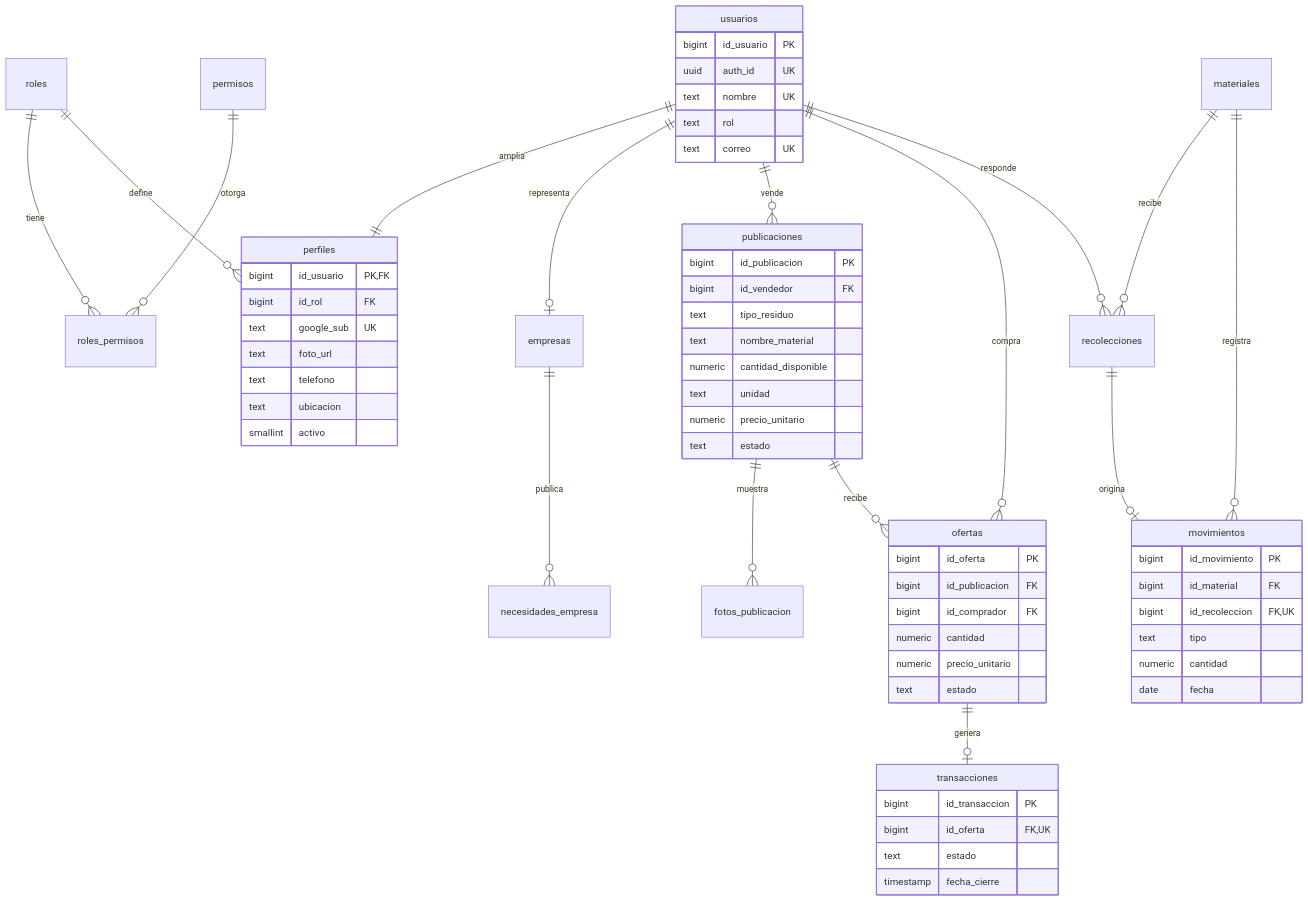
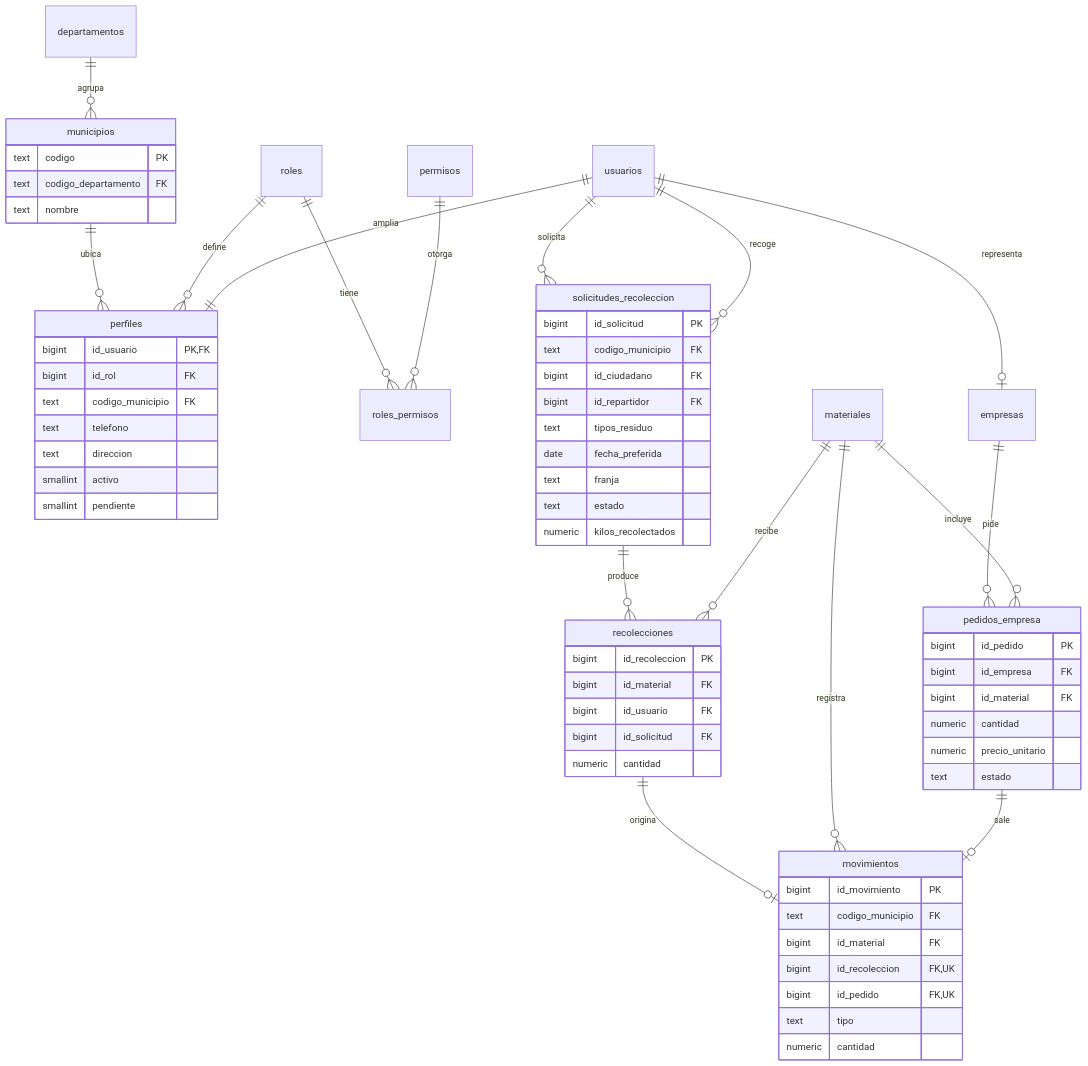
Before and after one commit to Ryuuga-CODE/EcoGestion: the fourth of 4 diagrams in docs/GUIA_DESARROLLADOR.md, drawn with Mermaid. The commit also changed other lines of this file and 60 other files, not shown here.

````diff
--- a/docs/GUIA_DESARROLLADOR.md
+++ b/docs/GUIA_DESARROLLADOR.md
@@ -156,67 +173,69 @@
 ```mermaid
 erDiagram
+    departamentos ||--o{ municipios : agrupa
+    municipios ||--o{ perfiles : ubica
     roles ||--o{ roles_permisos : tiene
     permisos ||--o{ roles_permisos : otorga
     roles ||--o{ perfiles : define
     usuarios ||--|| perfiles : amplia
+    usuarios ||--o{ solicitudes_recoleccion : solicita
+    usuarios ||--o{ solicitudes_recoleccion : recoge
+    solicitudes_recoleccion ||--o{ recolecciones : produce
+    materiales ||--o{ recolecciones : recibe
+    recolecciones ||--o| movimientos : origina
+    materiales ||--o{ movimientos : registra
     usuarios ||--o| empresas : representa
-    empresas ||--o{ necesidades_empresa : publica
-    usuarios ||--o{ publicaciones : vende
-    publicaciones ||--o{ fotos_publicacion : muestra
-    publicaciones ||--o{ ofertas : recibe
-    usuarios ||--o{ ofertas : compra
-    ofertas ||--o| transacciones : genera
-    materiales ||--o{ recolecciones : recibe
-    materiales ||--o{ movimientos : registra
-    recolecciones ||--o| movimientos : origina
-    usuarios ||--o{ recolecciones : responde
+    empresas ||--o{ pedidos_empresa : pide
+    materiales ||--o{ pedidos_empresa : incluye
+    pedidos_empresa ||--o| movimientos : sale
 
-    usuarios {
-        bigint id_usuario PK
-        uuid auth_id UK
-        text nombre UK
-        text rol
-        text correo UK
+    municipios {
+        text codigo PK
+        text codigo_departamento FK
+        text nombre
     }
     perfiles {
         bigint id_usuario PK, FK
         bigint id_rol FK
-        text google_sub UK
-        text foto_url
+        text codigo_municipio FK
         text telefono
-        text ubicacion
+        text direccion
         smallint activo
+        smallint pendiente
     }
-    publicaciones {
-        bigint id_publicacion PK
-        bigint id_vendedor FK
-        text tipo_residuo
-        text nombre_material
-        numeric cantidad_disponible
-        text unidad
-        numeric precio_unitario
+    solicitudes_recoleccion {
+        bigint id_solicitud PK
+        text codigo_municipio FK
+        bigint id_ciudadano FK
+        bigint id_repartidor FK
+        text tipos_residuo
+        date fecha_preferida
+        text franja
         text estado
+        numeric kilos_recolectados
     }
-    ofertas {
-        bigint id_oferta PK
-        bigint id_publicacion FK
-        bigint id_comprador FK
+    recolecciones {
+        bigint id_recoleccion PK
+        bigint id_material FK
+        bigint id_usuario FK
+        bigint id_solicitud FK
+        numeric cantidad
+    }
+    pedidos_empresa {
+        bigint id_pedido PK
+        bigint id_empresa FK
+        bigint id_material FK
         numeric cantidad
         numeric precio_unitario
         text estado
     }
-    transacciones {
-        bigint id_transaccion PK
-        bigint id_oferta FK, UK
-        text estado
-        timestamp fecha_cierre
-    }
     movimientos {
         bigint id_movimiento PK
+        text codigo_municipio FK
         bigint id_material FK
         bigint id_recoleccion FK, UK
+        bigint id_pedido FK, UK
         text tipo
         numeric cantidad
-        date fecha
     }
 ```
````
